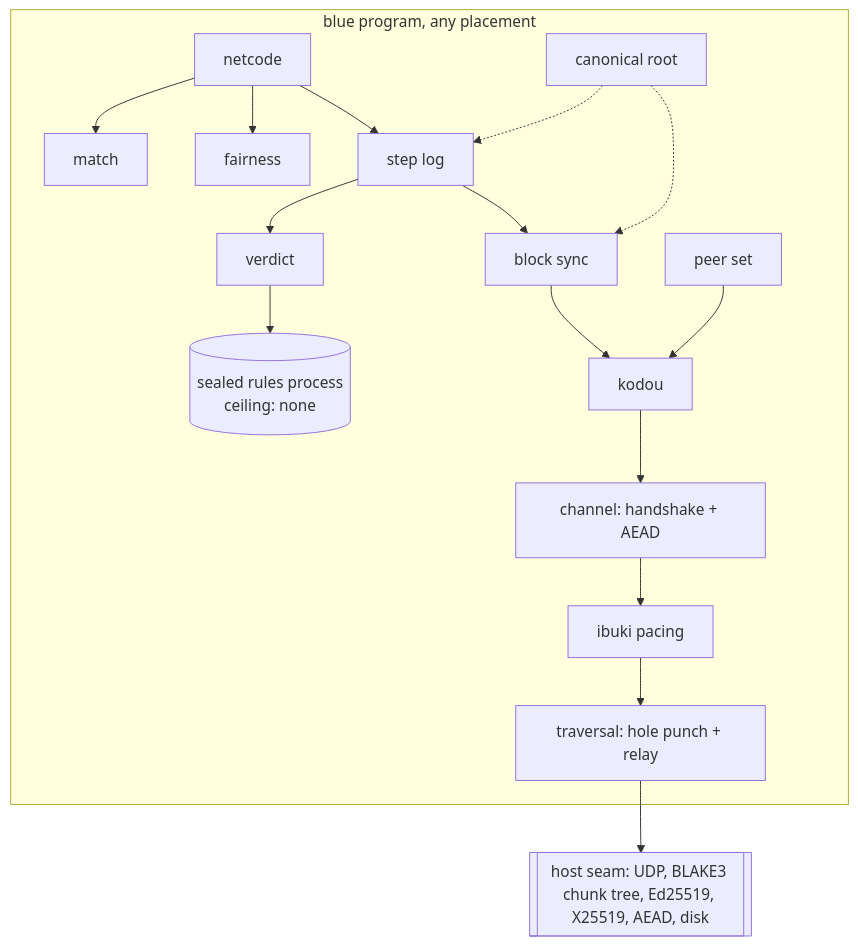
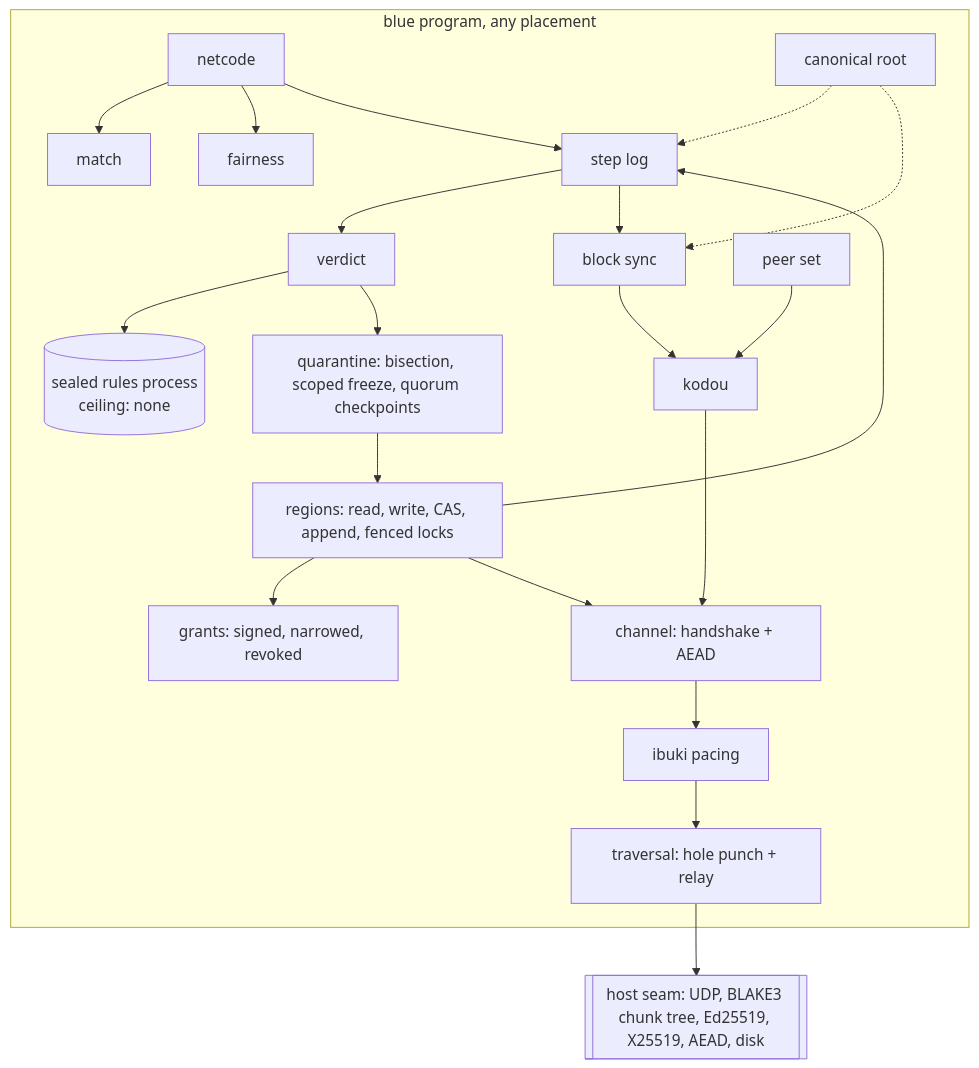
One commit to pleme-io/blue changed the first of 4 diagrams in docs/P2P.md. Above: the diagram before and after it, drawn with Mermaid. The commit also changed other lines of this file, not shown here.

First line of the commit message:
docs: P2P revision: memory regions and grants, fault-scoped freeze, security patterns (DESIGN, destination approved 2026-11-09)

````diff
--- a/docs/P2P.md
+++ b/docs/P2P.md
@@ -171,19 +294,24 @@
 ```mermaid
 flowchart TB
   subgraph Blue[blue program, any placement]
     Net[netcode] --> Match[match]
     Net --> Fair[fairness]
     Net --> Log[step log]
     Log --> Verdict[verdict]
     Verdict --> Rules[(sealed rules process\nceiling: none)]
     Log --> Sync[block sync]
     Sync --> Kodou[kodou]
     Peers[peer set] --> Kodou
     Kodou --> Chan[channel: handshake + AEAD]
     Chan --> Pace[ibuki pacing]
     Pace --> Trav[traversal: hole punch + relay]
     Root[canonical root] -.-> Log
     Root -.-> Sync
+    Regions[regions: read, write, CAS, append, fenced locks] --> Grants[grants: signed, narrowed, revoked]
+    Regions --> Log
+    Regions --> Chan
+    Verdict --> Quar[quarantine: bisection, scoped freeze, quorum checkpoints]
+    Quar --> Regions
   end
   Trav --> Seam[[host seam: UDP, BLAKE3 chunk tree, Ed25519, X25519, AEAD, disk]]
 ```
````
